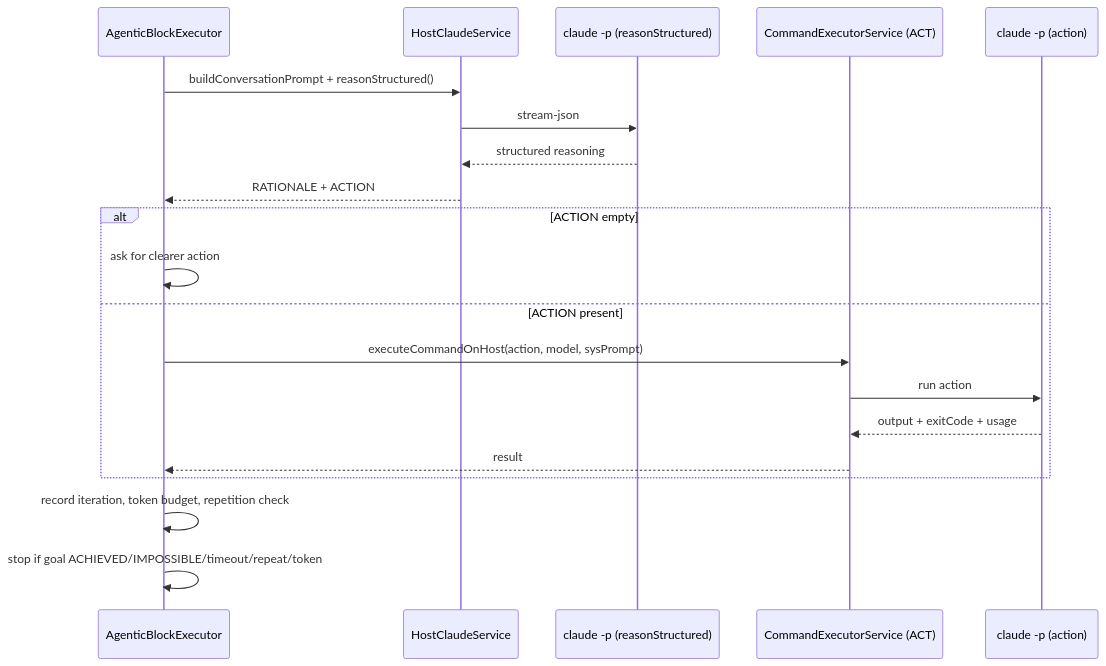
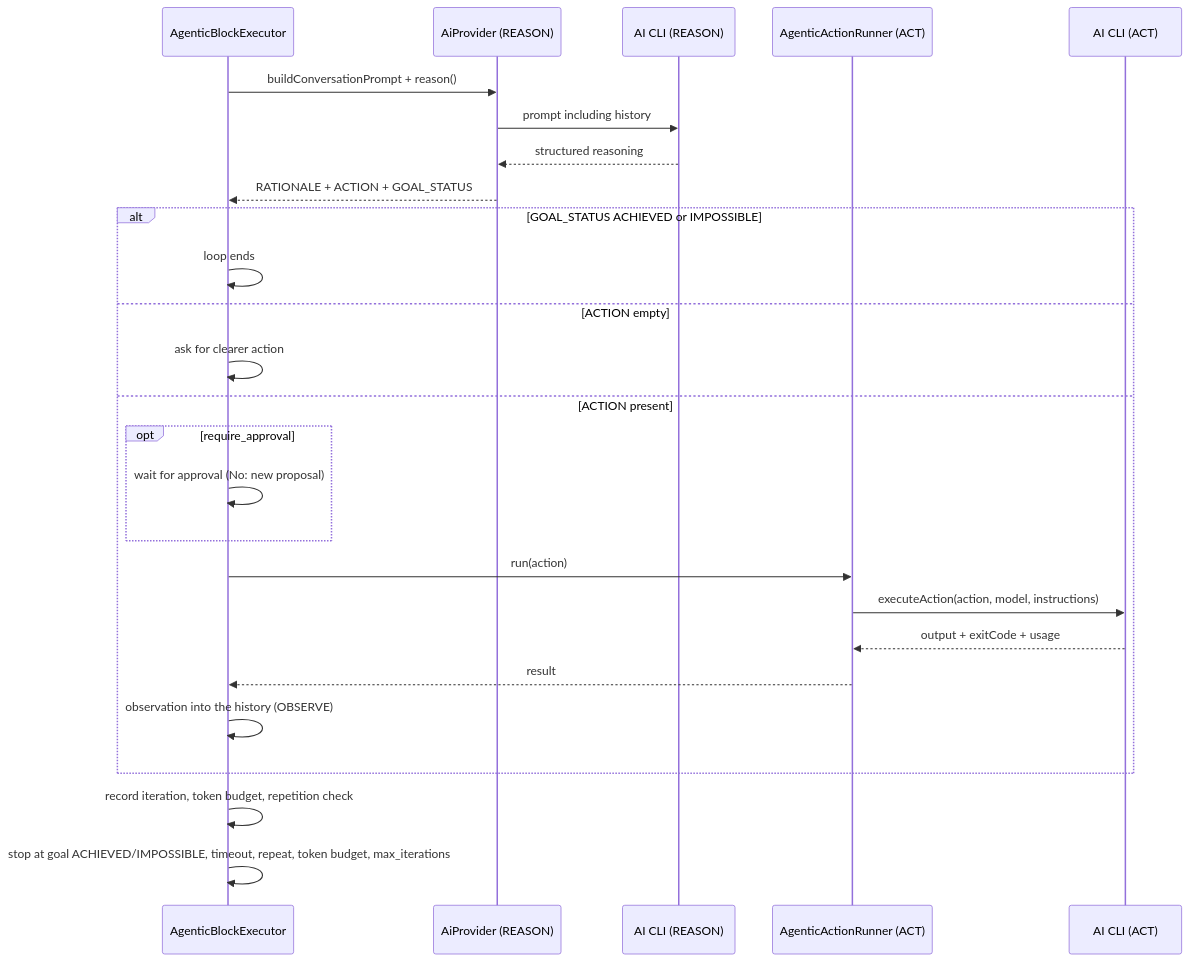
Before and after one commit to FLSEST/MySuricates: the fourth of 5 diagrams in docs/en/workflow-engine-diagrams.md, drawn with Mermaid. The commit also changed other lines of this file and 4 other files, not shown here.

First line of the commit message:
docs(diagramme): Engine page shows provider routing, host execution and the current block matrix

````diff
--- a/docs/en/workflow-engine-diagrams.md
+++ b/docs/en/workflow-engine-diagrams.md
@@ -110,23 +115,29 @@
 ```mermaid
 sequenceDiagram
     participant AG as AgenticBlockExecutor
-    participant HC as HostClaudeService
-    participant CLI as claude -p (reasonStructured)
-    participant CES as CommandExecutorService (ACT)
-    participant CLI2 as claude -p (action)
+    participant HC as AiProvider (REASON)
+    participant CLI as AI CLI (REASON)
+    participant CES as AgenticActionRunner (ACT)
+    participant CLI2 as AI CLI (ACT)
 
-    AG->>HC: buildConversationPrompt + reasonStructured()
-    HC->>CLI: stream-json
+    AG->>HC: buildConversationPrompt + reason()
+    HC->>CLI: prompt including history
     CLI-->>HC: structured reasoning
-    HC-->>AG: RATIONALE + ACTION
-    alt ACTION empty
+    HC-->>AG: RATIONALE + ACTION + GOAL_STATUS
+    alt GOAL_STATUS ACHIEVED or IMPOSSIBLE
+        AG->>AG: loop ends
+    else ACTION empty
         AG->>AG: ask for clearer action
     else ACTION present
-        AG->>CES: executeCommandOnHost(action, model, sysPrompt)
-        CES->>CLI2: run action
+        opt require_approval
+            AG->>AG: wait for approval (No: new proposal)
+        end
+        AG->>CES: run(action)
+        CES->>CLI2: executeAction(action, model, instructions)
         CLI2-->>CES: output + exitCode + usage
         CES-->>AG: result
+        AG->>AG: observation into the history (OBSERVE)
     end
     AG->>AG: record iteration, token budget, repetition check
-    AG->>AG: stop if goal ACHIEVED/IMPOSSIBLE/timeout/repeat/token
+    AG->>AG: stop at goal ACHIEVED/IMPOSSIBLE, timeout, repeat, token budget, max_iterations
 ```
````
